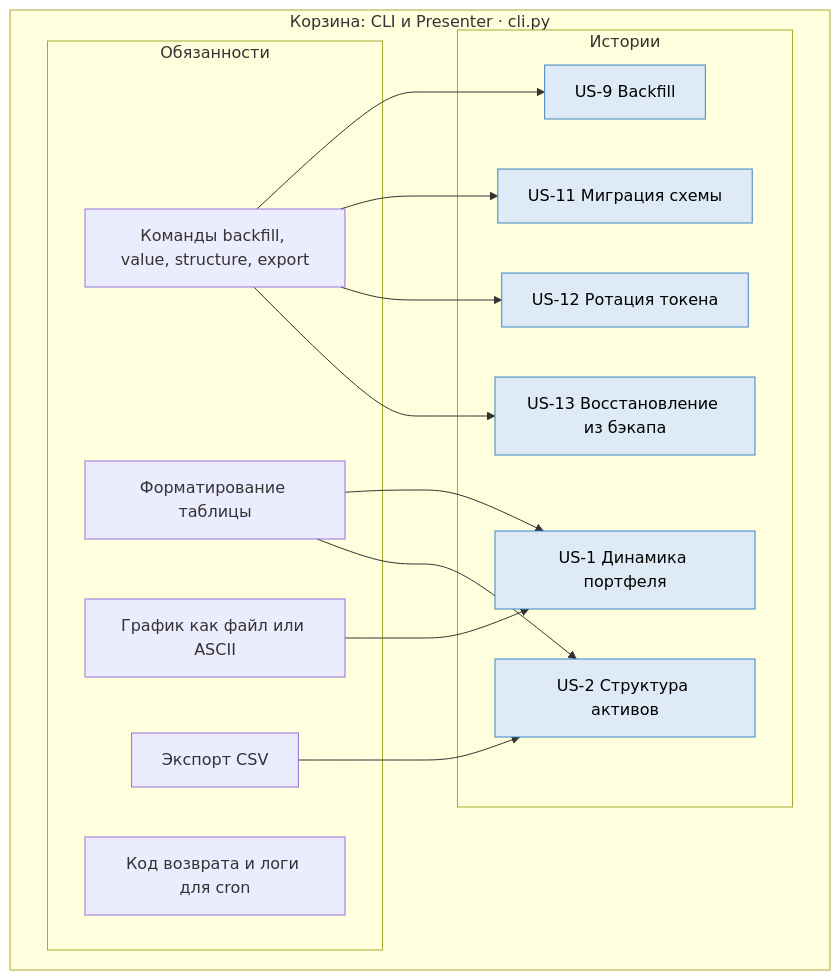
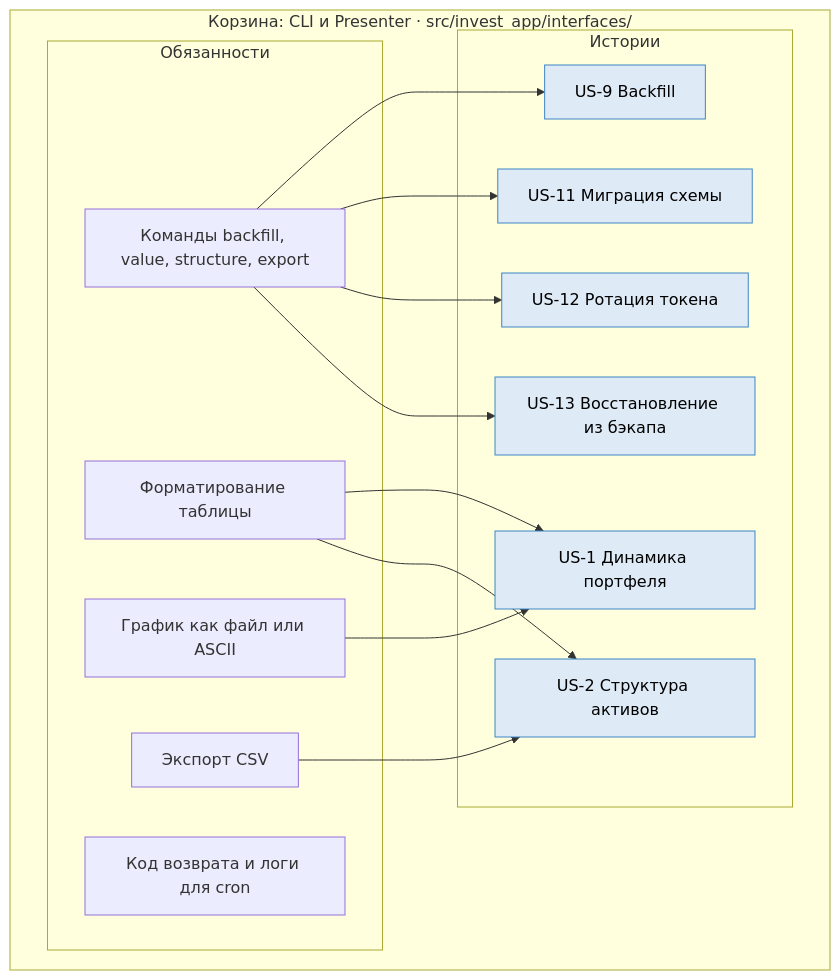
Before and after one commit to alexande-popov/T-I: diagram 11 of 15 in docs/arch/logic_arch.md, drawn with Mermaid. The commit also changed other lines of this file and 3 other files, not shown here.

````diff
--- a/docs/arch/logic_arch.md
+++ b/docs/arch/logic_arch.md
@@ -665,33 +733,33 @@
 ```mermaid
 flowchart LR
-    subgraph B6["Корзина: CLI и Presenter · cli.py"]
+    subgraph B6["Корзина: CLI и Presenter · src/invest_app/interfaces/"]
         direction LR
         subgraph B6R["Обязанности"]
             R61["Команды backfill, value, structure, export"]
             R62["Форматирование таблицы"]
             R63["График как файл или ASCII"]
             R64["Экспорт CSV"]
             R65["Код возврата и логи для cron"]
         end
         subgraph B6U["Истории"]
             Z1["US-1 Динамика портфеля"]
             Z2["US-2 Структура активов"]
             Z9["US-9 Backfill"]
             Z11["US-11 Миграция схемы"]
             Z12["US-12 Ротация токена"]
             Z13["US-13 Восстановление из бэкапа"]
         end
     end
 
     R61 --> Z9
     R61 --> Z11
     R61 --> Z12
     R61 --> Z13
     R62 --> Z1
     R62 --> Z2
     R63 --> Z1
     R64 --> Z2
 
     classDef story fill:#deeaf6,stroke:#3d85c6,color:#000
     class Z1,Z2,Z9,Z11,Z12,Z13 story
 ```
````
